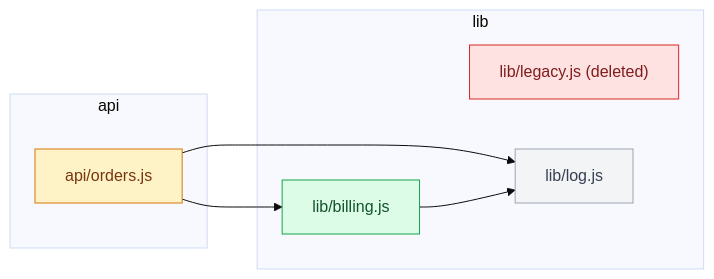
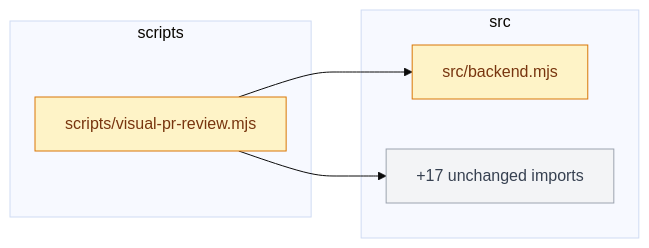
One commit to aryswisnu/skills changed the diagram in skills/engineering/visualize-pr/README.md. Above: the diagram before and after it, drawn with Mermaid (base theme). The commit also changed other lines of this file and 8 other files, not shown here.

````diff
--- a/skills/engineering/visualize-pr/README.md
+++ b/skills/engineering/visualize-pr/README.md
@@ -121,22 +169,17 @@
 ```mermaid
 flowchart LR
-  subgraph dir_api ["api"]
-    n_api_orders["api/orders.js"]
+  subgraph dir_scripts ["scripts"]
+    n_scripts["scripts/visual-pr-review.mjs"]
   end
-  subgraph dir_lib ["lib"]
-    n_lib_billing["lib/billing.js"]
-    n_lib_legacy["lib/legacy.js (deleted)"]
-    n_lib_log["lib/log.js"]
+  subgraph dir_src ["src"]
+    n_backend["src/backend.mjs"]
+    n_more["+17 unchanged imports"]
   end
-  n_api_orders --> n_lib_billing
-  n_api_orders --> n_lib_log
-  n_lib_billing --> n_lib_log
-  classDef added fill:#dcfce7,stroke:#16a34a,color:#14532d
+  n_scripts --> n_backend
+  n_scripts --> n_more
   classDef modified fill:#fef3c7,stroke:#d97706,color:#78350f
-  classDef deleted fill:#fee2e2,stroke:#dc2626,color:#7f1d1d
   classDef unchanged fill:#f3f4f6,stroke:#9ca3af,color:#374151
-  class n_lib_billing added
-  class n_api_orders modified
-  class n_lib_legacy deleted
-  class n_lib_log unchanged
+  class n_scripts modified
+  class n_backend modified
+  class n_more unchanged
 ```
````
